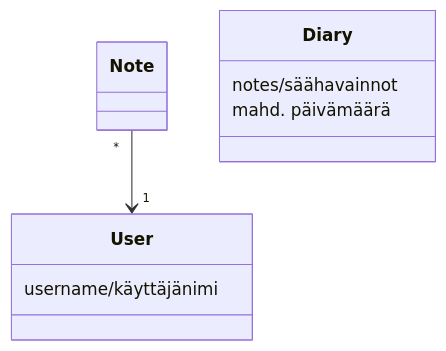
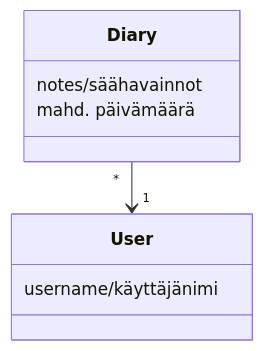
The diagram in dokumentaatio/arkkitehtuuri.md (sansilla/ot-harjoitustyo), drawn with Mermaid before and after one commit. The commit also changed other lines of this file, not shown here.

````diff
--- a/dokumentaatio/arkkitehtuuri.md
+++ b/dokumentaatio/arkkitehtuuri.md
@@ -8,12 +8,12 @@
 ```mermaid
  classDiagram
-      Note "*" --> "1" User
+      Diary "*" --> "1" User
      
       class Diary{
           notes/säähavainnot
           mahd. päivämäärä
       }
       class User{
           username/käyttäjänimi
       }
 ```
````
